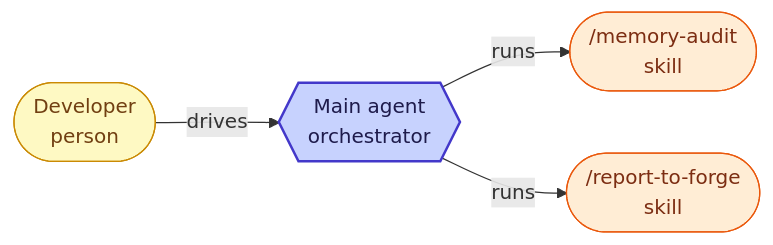
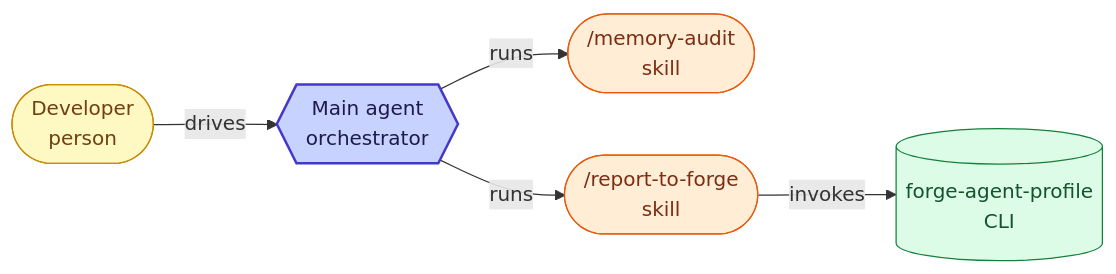
The seventh of 7 diagrams in docs/agent-architecture.md (misnaej/forge), drawn with Mermaid before and after one commit. The commit also changed other lines of this file and 19 other files, not shown here.

First line of the commit message:
feat(perf): agent and subagent timing — hook ledger + forge-agent-profile

````diff
--- a/docs/agent-architecture.md
+++ b/docs/agent-architecture.md
@@ -400,23 +403,26 @@
 ```mermaid
 graph LR
   classDef person fill:#fef9c3,stroke:#ca8a04,color:#713f12
   classDef agent fill:#ede9fe,stroke:#7c3aed,color:#4c1d95
   classDef skill fill:#ffedd5,stroke:#ea580c,color:#7c2d12
   classDef hook fill:#fee2e2,stroke:#dc2626,color:#7f1d1d
   classDef cli fill:#dcfce7,stroke:#15803d,color:#14532d
   classDef policy fill:#f1f5f9,stroke:#64748b,color:#334155
   classDef orchestrator fill:#c7d2fe,stroke:#4338ca,color:#1e1b4b,stroke-width:2px
   classDef reporter stroke-dasharray:5 3
   classDef mutator stroke-width:3px
   human(["Developer<br/>person"])
   main_agent{{"Main agent<br/>orchestrator"}}
   human -->|drives| main_agent
   sk_memory_audit(["/memory-audit<br/>skill"])
   main_agent -->|runs| sk_memory_audit
   sk_report_to_forge(["/report-to-forge<br/>skill"])
+  cli_forge_agent_profile[("forge-agent-profile<br/>CLI")]
   main_agent -->|runs| sk_report_to_forge
+  sk_report_to_forge -->|invokes| cli_forge_agent_profile
   class human person
   class main_agent orchestrator
   class sk_memory_audit skill
   class sk_report_to_forge skill
+  class cli_forge_agent_profile cli
 ```
````
